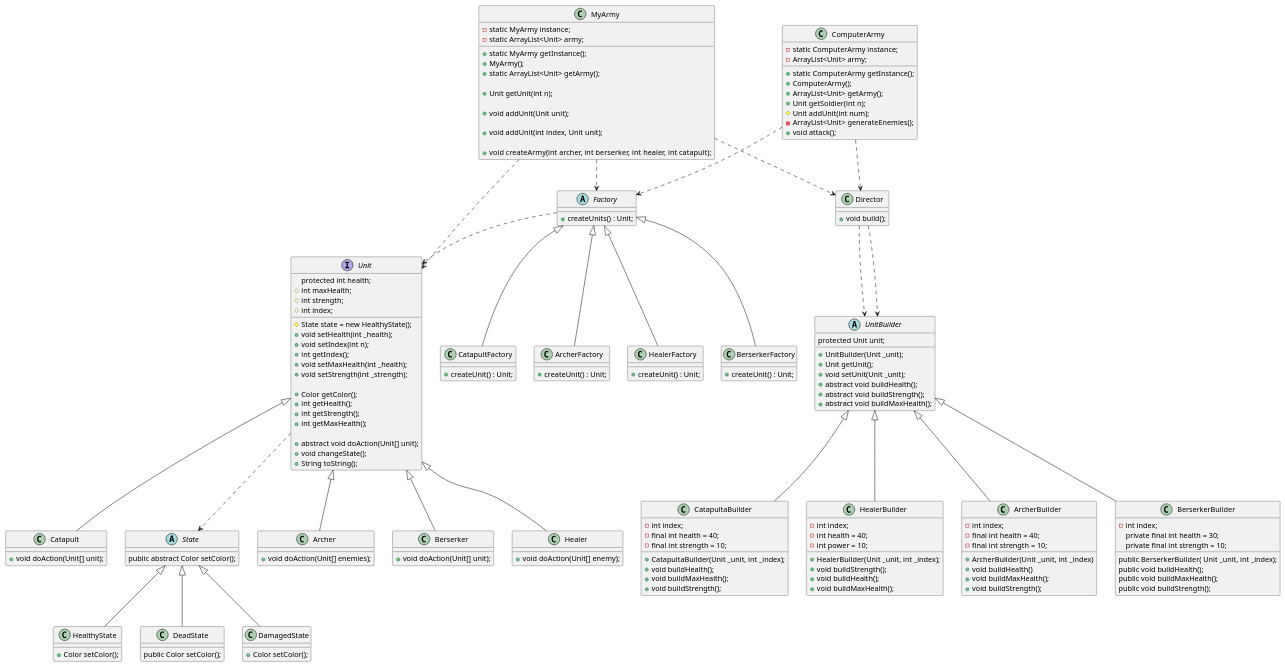
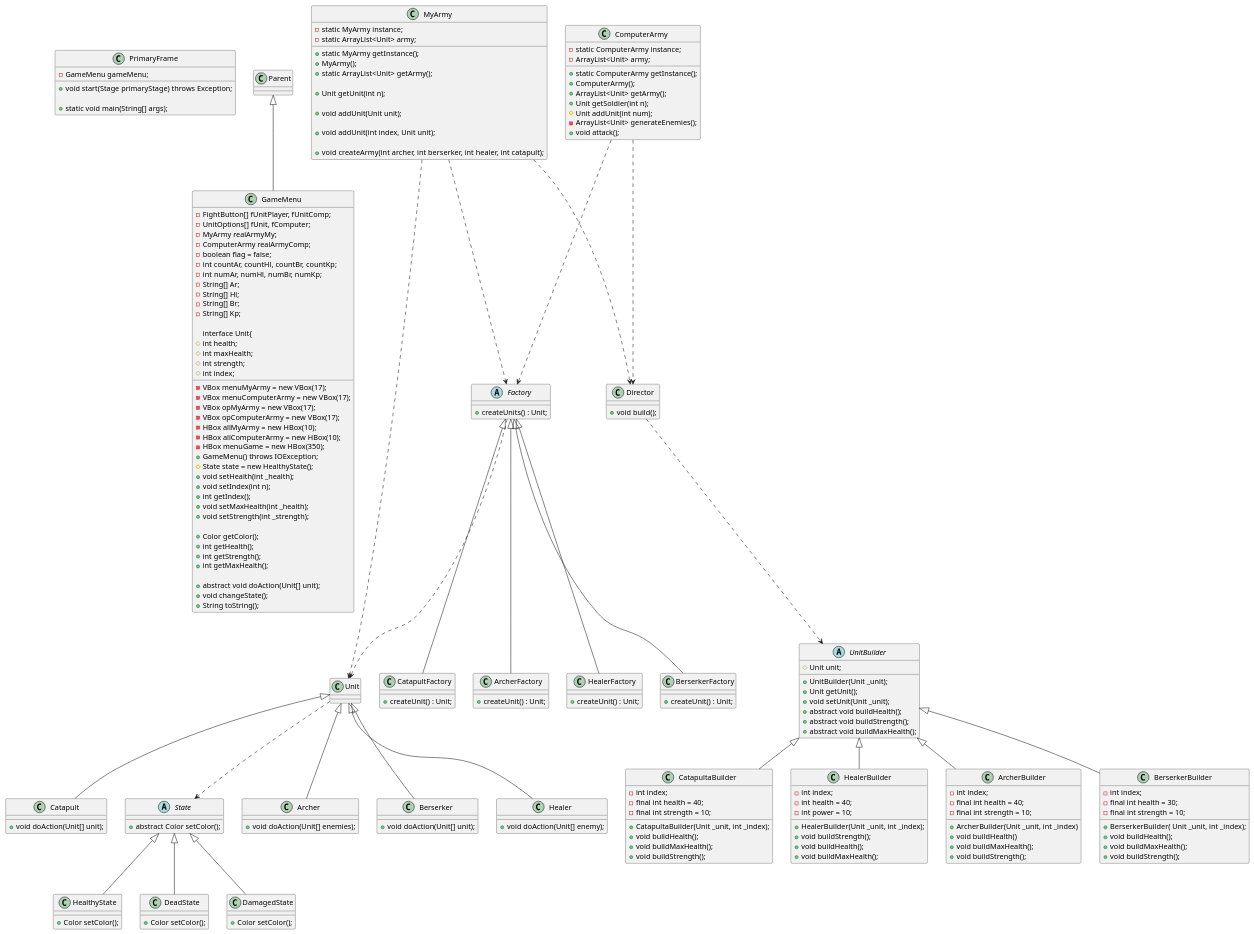
The diagram in src/classesuml.puml (urban-cosmonaut-tales/pattern_game), drawn with PlantUML before and after one commit. The commit also changed 3 other files, not shown here.

```diff
--- a/src/classesuml.puml
+++ b/src/classesuml.puml
@@ -1,160 +1,186 @@
 @startuml
+class PrimaryFrame{
+ - GameMenu gameMenu;
+    + void start(Stage primaryStage) throws Exception;
+
+    + static void main(String[] args);
+}
+class GameMenu extends Parent {
+    - FightButton[] fUnitPlayer, fUnitComp;
+    - UnitOptions[] fUnit, fComputer;
+    - MyArmy realArmyMy;
+    - ComputerArmy realArmyComp;
+    - boolean flag = false;
+    - int countAr, countHl, countBr, countKp;
+    - int numAr, numHl, numBr, numKp;
+    - VBox menuMyArmy = new VBox(17);
+    - VBox menuComputerArmy = new VBox(17);
+    - VBox opMyArmy = new VBox(17);
+    - VBox opComputerArmy = new VBox(17);
+    - HBox allMyArmy = new HBox(10);
+    - HBox allComputerArmy = new HBox(10);
+    - HBox menuGame = new HBox(350);
+    - String[] Ar;
+    - String[] Hl;
+    - String[] Br;
+    - String[] Kp;
+    + GameMenu() throws IOException;
+
 interface Unit{
-  protected int health;
+  # int health;
      # int maxHealth;
      # int strength;
      # State state = new HealthyState();
      # int index;
 
      + void setHealth(int _health);
      + void setIndex(int n);
      + int getIndex();
      + void setMaxHealth(int _health);
      + void setStrength(int _strength);
 
      + Color getColor();
      + int getHealth();
      + int getStrength();
      + int getMaxHealth();
 
      + abstract void doAction(Unit[] unit);
      + void changeState();
      + String toString();
 }
 class Archer extends Unit{
     + void doAction(Unit[] enemies);
 }
 class Berserker extends Unit{
     + void doAction(Unit[] unit);
 }
 
 class Healer extends Unit{
     + void doAction(Unit[] enemy);
 }
 
 class Catapult extends Unit{
     + void doAction(Unit[] unit);
 }
 
 
 Abstract class Factory{
 +createUnits() : Unit;
 }
 class ArcherFactory extends Factory{
 + createUnit() : Unit;
 }
 class HealerFactory extends Factory{
 + createUnit() : Unit;
 }
 class BerserkerFactory extends Factory{
 + createUnit() : Unit;
 }
 class CatapultFactory extends Factory{
 + createUnit() : Unit;
 }
 
 
 abstract class UnitBuilder{
-protected Unit unit;
+# Unit unit;
     + UnitBuilder(Unit _unit);
     + Unit getUnit();
     + void setUnit(Unit _unit);
     + abstract void buildHealth();
     + abstract void buildStrength();
     + abstract void buildMaxHealth();
 
 }
 class Director{
 + void build();
 }
 class ArcherBuilder extends UnitBuilder {
     - int index;
     - final int health = 40;
     - final int strength = 10;
     + ArcherBuilder(Unit _unit, int _index)
     + void buildHealth()
     + void buildMaxHealth();
     + void buildStrength();
 }
 class BerserkerBuilder extends UnitBuilder{
     - int index;
-    private final int health = 30;
-    private final int strength = 10;
-    public BerserkerBuilder( Unit _unit, int _index);
-    public void buildHealth();
-    public void buildMaxHealth();
-    public void buildStrength();
+    - final int health = 30;
+    - final int strength = 10;
+    + BerserkerBuilder( Unit _unit, int _index);
+    + void buildHealth();
+    + void buildMaxHealth();
+    + void buildStrength();
 }
 class CatapultaBuilder extends UnitBuilder{
     - int index;
     - final int health = 40;
     - final int strength = 10;
     + CatapultaBuilder(Unit _unit, int _index);
     + void buildHealth();
     + void buildMaxHealth();
     + void buildStrength();
 }
 class HealerBuilder extends UnitBuilder {
      - int index;
      - int health = 40;
      - int power = 10;
      + HealerBuilder(Unit _unit, int _index);
      + void buildStrength();
      + void buildHealth();
      + void buildMaxHealth();
 }
 
 abstract class State {
-    public abstract Color setColor();
+    + abstract Color setColor();
 }
 class HealthyState extends State {
     + Color setColor();
 }
 class DeadState extends State {
-    public Color setColor();
+    + Color setColor();
 }
 class DamagedState extends State {
     + Color setColor();
 }
 class ComputerArmy {
     - static ComputerArmy instance;
     + static ComputerArmy getInstance();
     - ArrayList<Unit> army;
     + ComputerArmy();
     + ArrayList<Unit> getArmy();
     + Unit getSoldier(int n);
     # Unit addUnit(int num);
     - ArrayList<Unit> generateEnemies();
     + void attack();
 
 }
-Director ..> UnitBuilder
 ComputerArmy..> Director
 ComputerArmy ..> Factory
 Factory ..> Unit
 
 Unit ..> State
 
 
 class MyArmy {
     - static MyArmy instance;
     - static ArrayList<Unit> army;
 
     + static MyArmy getInstance();
     + MyArmy();
     + static ArrayList<Unit> getArmy();
 
     + Unit getUnit(int n);
 
     + void addUnit(Unit unit);
 
     + void addUnit(int index, Unit unit);
 
     + void createArmy(int archer, int berserker, int healer, int catapult);
 }
 MyArmy ..> Unit
 Director ..> UnitBuilder
 MyArmy ..> Factory
 MyArmy..> Director
 
 @enduml
```
